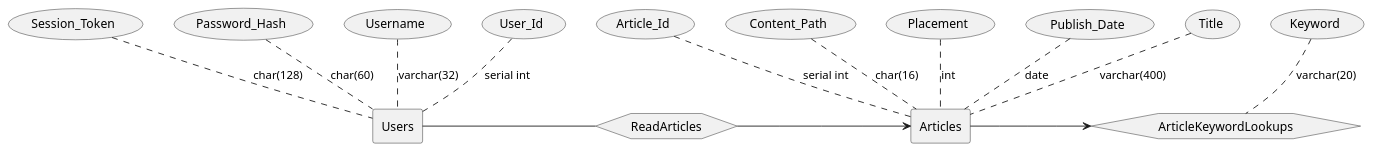
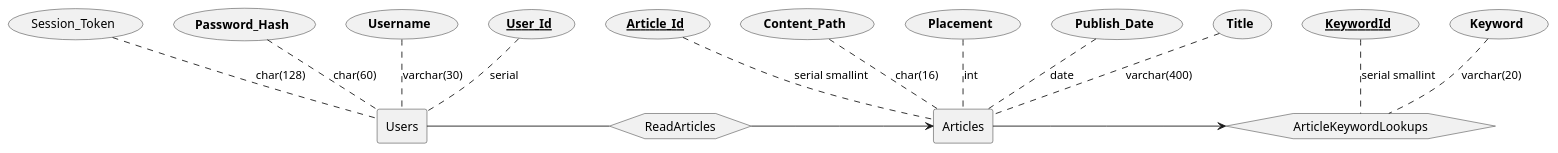
Before and after one commit to g-robertson/ISP-Term-Project: the diagram in src/diagrams/db.puml, drawn with PlantUML. The commit also changed 1 other file, not shown here.

Commit message:
Update keyword search relevant fields

```diff
--- a/src/diagrams/db.puml
+++ b/src/diagrams/db.puml
@@ -1,26 +1,28 @@
 @startuml
 
 rectangle Users
-Users-[dashed]u-(User_Id): serial int
-Users-[dashed]u-(Username): varchar(32)
-Users-[dashed]u-(Password_Hash): char(60)
+Users-[dashed]u-(~~**User_Id**~~): "serial"
+Users-[dashed]u-(**Username**): varchar(30)
+Users-[dashed]u-(**Password_Hash**): char(60)
 Users-[dashed]u-(Session_Token): char(128)
 
 hexagon ReadArticles
 
 rectangle Articles
-Articles-[dashed]u-(Article_Id): serial int
-Articles-[dashed]u-(Title): "varchar(400)"
-Articles-[dashed]u-(Publish_Date): date
-Articles-[dashed]u-(Placement): int
-Articles-[dashed]u-(Content_Path): "char(16)"
+Articles-[dashed]u-(~~**Article_Id**~~): "serial smallint"
+Articles-[dashed]u-(**Title**): "varchar(400)"
+Articles-[dashed]u-(**Publish_Date**): date
+Articles-[dashed]u-(**Placement**): int
+Articles-[dashed]u-(**Content_Path**): "char(16)"
 
 hexagon ArticleKeywordLookups
-ArticleKeywordLookups-[dashed]u-(Keyword): "varchar(20)"
+ArticleKeywordLookups-[dashed]u-(~~**KeywordId**~~): "serial smallint"
+ArticleKeywordLookups-[dashed]u-(**Keyword**): "varchar(20)"
 
 
 Users-r-ReadArticles
 ReadArticles-r->Articles
 
 Articles->ArticleKeywordLookups
+
 @enduml
```
